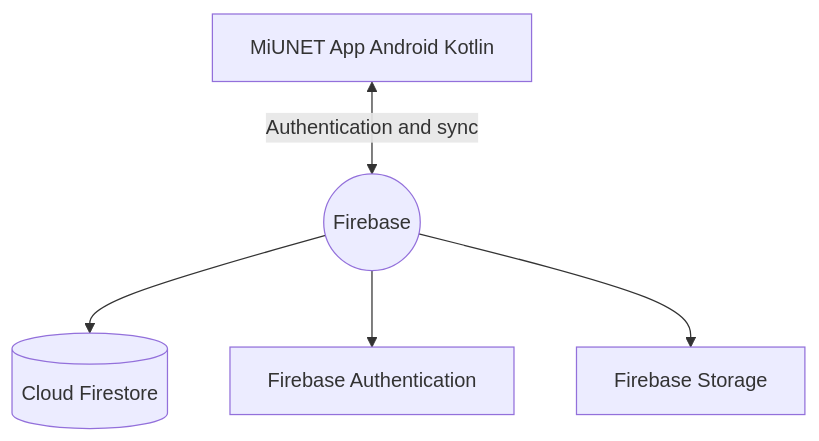
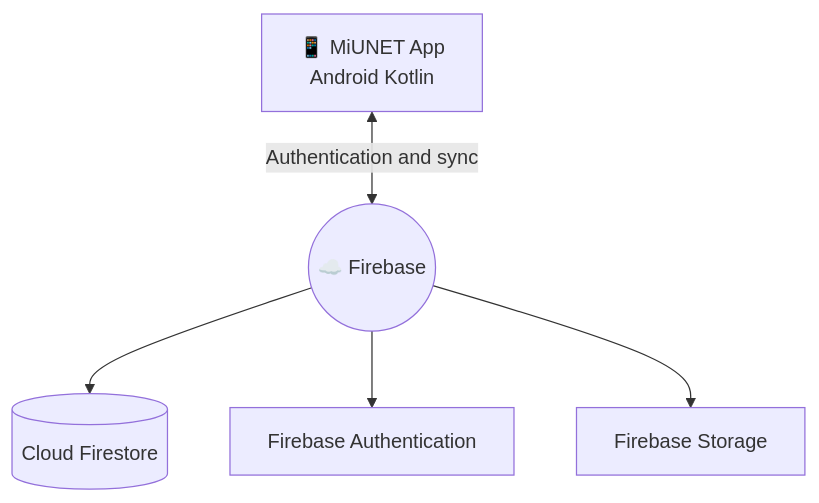
Before and after one commit to JuanD-2005/MiUNET-APP: the second of 2 diagrams in README.md, drawn with Mermaid. The commit also changed other lines of this file, not shown here.

````diff
--- a/README.md
+++ b/README.md
@@ -180,7 +147,7 @@
 ```mermaid
 graph TD
-    A[MiUNET App Android Kotlin] <-->|Authentication and sync| B((Firebase))
+    A[📱 MiUNET App <br> Android Kotlin] <-->|Authentication and sync| B((☁️ Firebase))
     B --> C[(Cloud Firestore)]
     B --> D[Firebase Authentication]
     B --> E[Firebase Storage]
 ```
````
